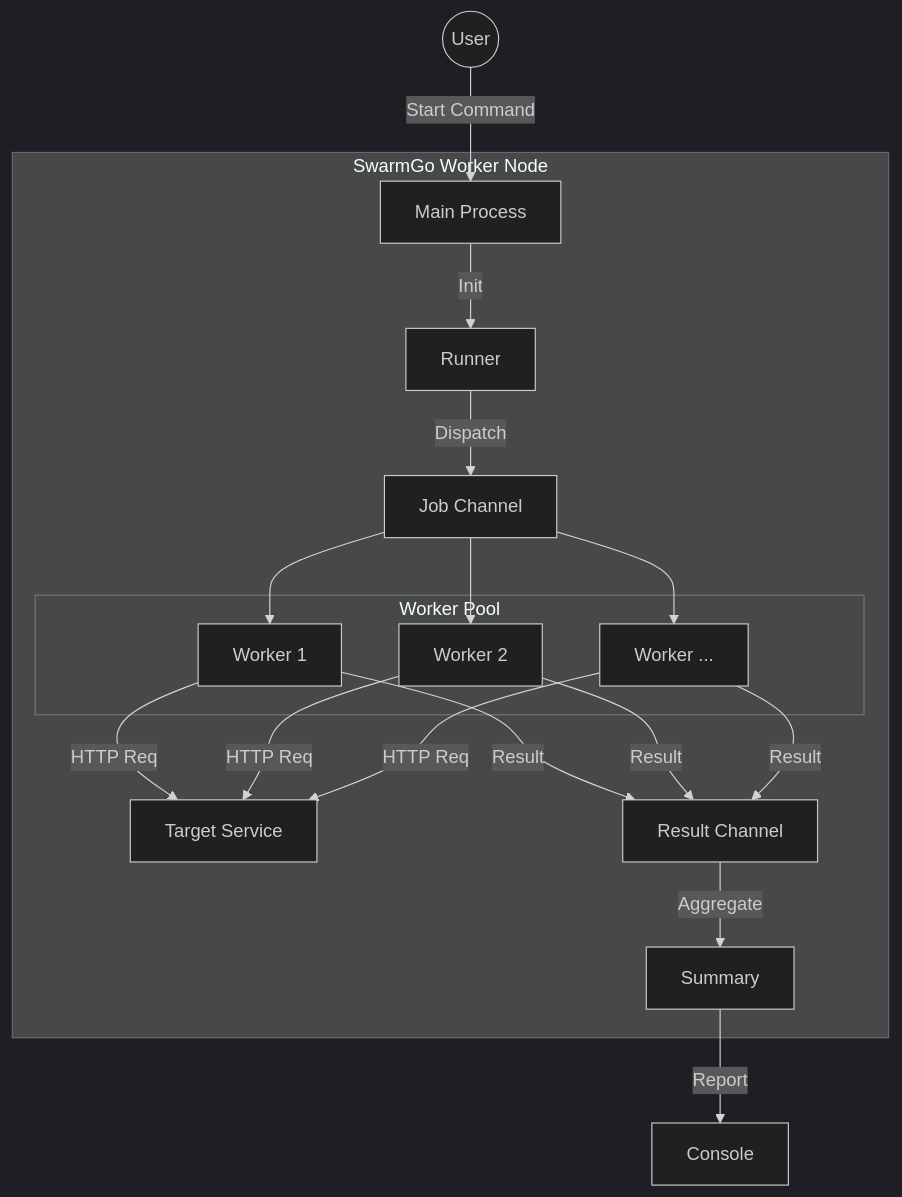
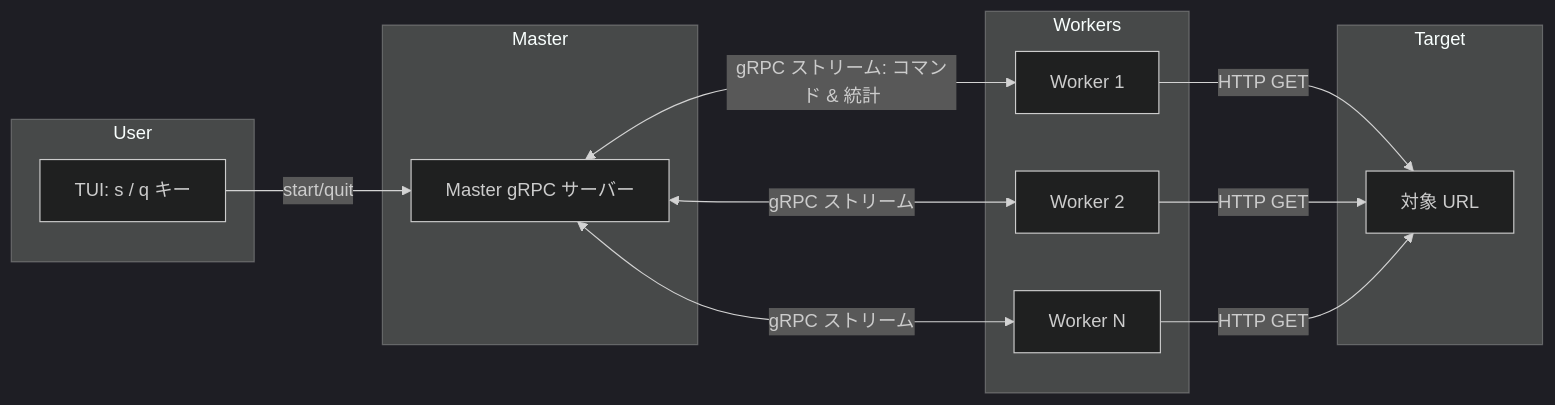
The diagram in README_ja.md (ryokotaka/SwarmGo), drawn with Mermaid (dark theme) before and after one commit. The commit also changed other lines of this file and 1 other file, not shown here.

````diff
--- a/README_ja.md
+++ b/README_ja.md
@@ -48,18 +66,22 @@
 ```mermaid
-graph TD
-    User((User)) -->|Start Command| Main[Main Process]
-    subgraph "SwarmGo Worker Node"
-        Main -->|Init| Runner
-        Runner -->|Dispatch| JobChannel[Job Channel]
-        subgraph "Worker Pool"
-            W1[Worker 1]
-            W2[Worker 2]
-            WX[Worker ...]
-        end
-        JobChannel --> W1 & W2 & WX
-        W1 & W2 & WX -->|HTTP Req| Target[Target Service]
-        W1 & W2 & WX -->|Result| ResChannel[Result Channel]
-        ResChannel -->|Aggregate| Summary
+flowchart LR
+    subgraph User
+        TUI[TUI: s / q キー]
     end
-    Summary -->|Report| Output[Console]
+    subgraph Master
+        M[Master gRPC サーバー]
+    end
+    subgraph Workers
+        W1[Worker 1]
+        W2[Worker 2]
+        WN[Worker N]
+    end
+    subgraph Target
+        URL[対象 URL]
+    end
+    TUI -->|start/quit| M
+    M <-->|gRPC ストリーム: コマンド & 統計| W1
+    M <-->|gRPC ストリーム| W2
+    M <-->|gRPC ストリーム| WN
+    W1 & W2 & WN -->|HTTP GET| URL
 ```
````
